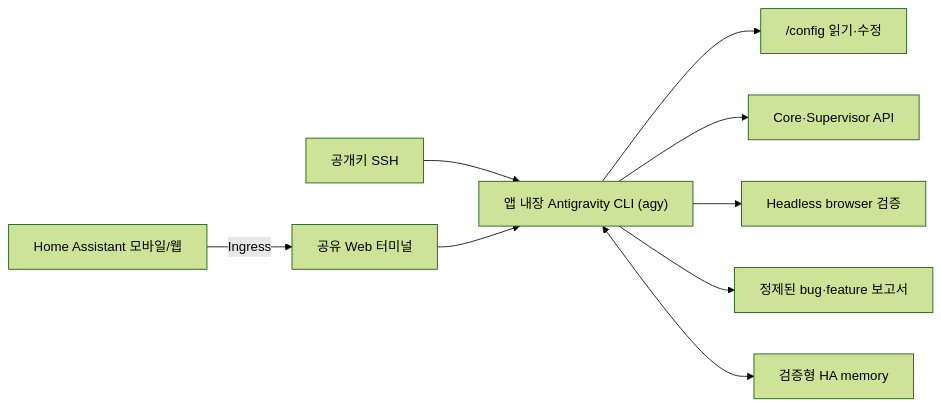
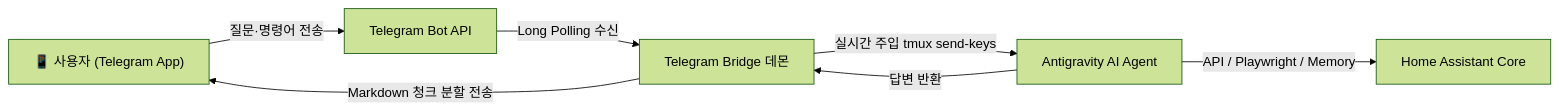
One commit to Kanu-Coffee/antigravity-for-home-assistant changed the diagram in README.md. Above: the diagram before and after it, drawn with Mermaid (forest theme). The commit also changed other lines of this file and 2 other files, not shown here.

Commit message:
docs: enrich README and DOCS with 3 Telegram pairing methods, commands table, and usage examples

````diff
--- a/README.md
+++ b/README.md
@@ -48,11 +45,9 @@
 ```mermaid
 flowchart LR
-    M["Home Assistant 모바일/웹"] -->|Ingress| T["공유 Web 터미널"]
-    S["공개키 SSH"] --> C["앱 내장 Antigravity CLI (agy)"]
-    T --> C
-    C --> F["/config 읽기·수정"]
-    C --> A["Core·Supervisor API"]
-    C --> B["Headless browser 검증"]
-    C --> R["정제된 bug·feature 보고서"]
-    C <--> H["검증형 HA memory"]
+    U["📱 사용자 (Telegram App)"] -->|질문·명령어 전송| T["Telegram Bot API"]
+    T -->|Long Polling 수신| B["Telegram Bridge 데몬"]
+    B -->|실시간 주입 tmux send-keys| A["Antigravity AI Agent"]
+    A -->|API / Playwright / Memory| H["Home Assistant Core"]
+    A -->|답변 반환| B
+    B -->|Markdown 청크 분할 전송| U
 ```
````
